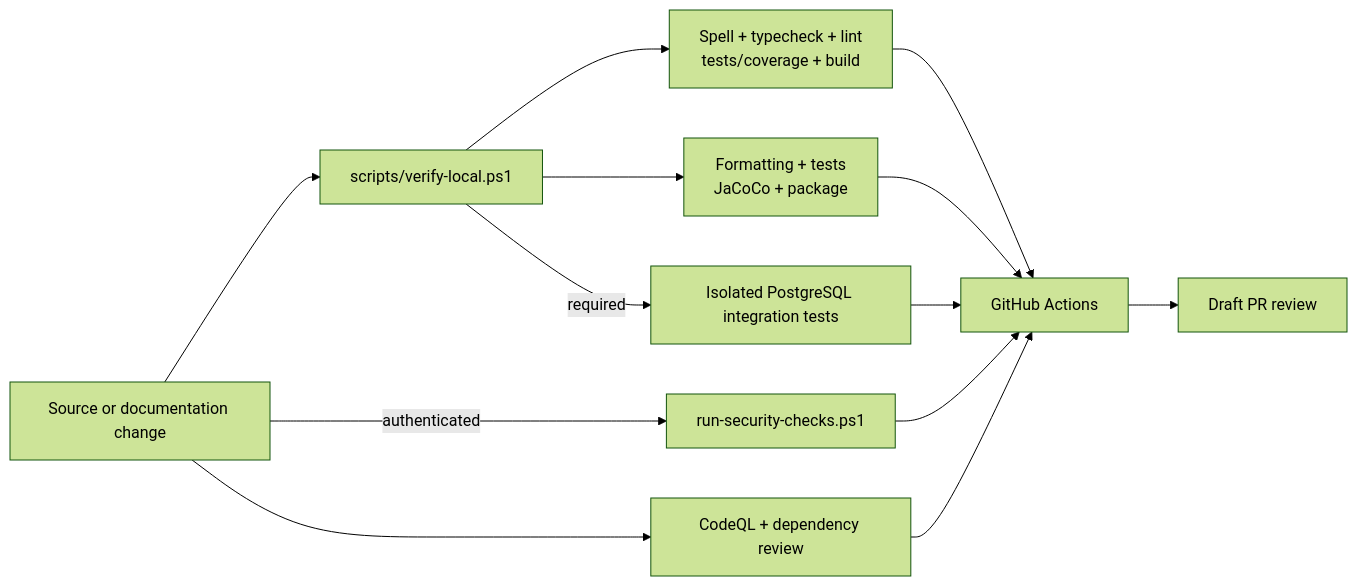
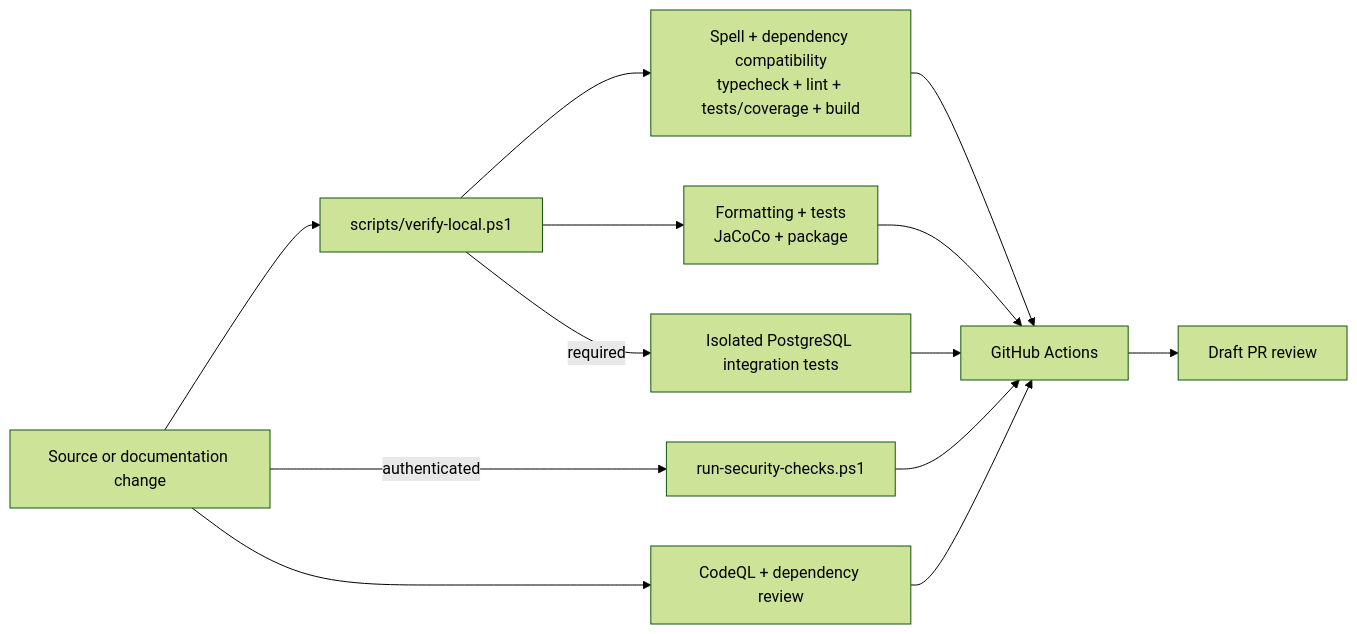
The fourth of 4 diagrams in docs/architecture-map.md (everdein/pay-period-planner), drawn with Mermaid (forest theme) before and after one commit. The commit also changed other lines of this file and 168 other files, not shown here.

First line of the commit message:
Complete financial workspace scalability roadmap (#35)

````diff
--- a/docs/architecture-map.md
+++ b/docs/architecture-map.md
@@ -228,15 +294,15 @@
 ```mermaid
 flowchart LR
     Change["Source or documentation change"] --> Local["scripts/verify-local.ps1"]
-    Local --> Frontend["Spell + typecheck + lint<br/>tests/coverage + build"]
+    Local --> Frontend["Spell + dependency compatibility<br/>typecheck + lint + tests/coverage + build"]
     Local --> Backend["Formatting + tests<br/>JaCoCo + package"]
     Local -->|"required"| PGTest["Isolated PostgreSQL integration tests"]
     Change -->|"authenticated"| Security["run-security-checks.ps1"]
     Change --> HostedSecurity["CodeQL + dependency review"]
     Frontend --> CI["GitHub Actions"]
     Backend --> CI
     PGTest --> CI
     Security --> CI
     HostedSecurity --> CI
     CI --> Draft["Draft PR review"]
 ```
````
